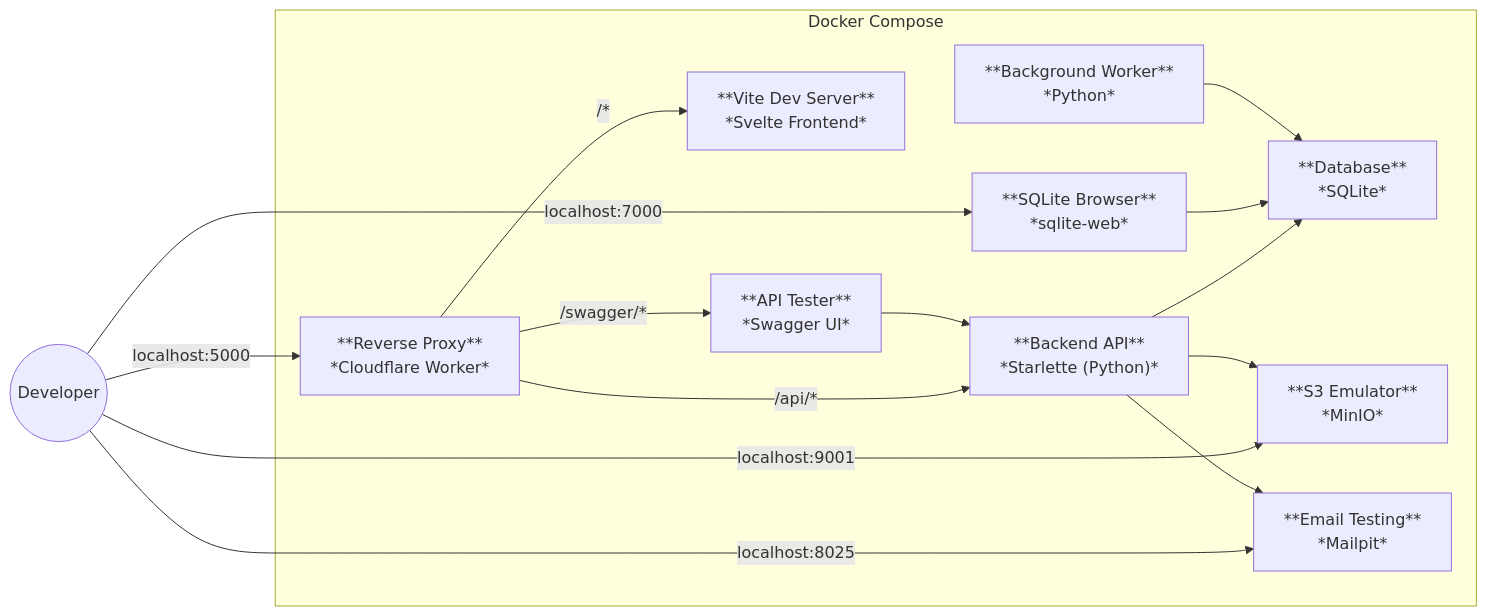
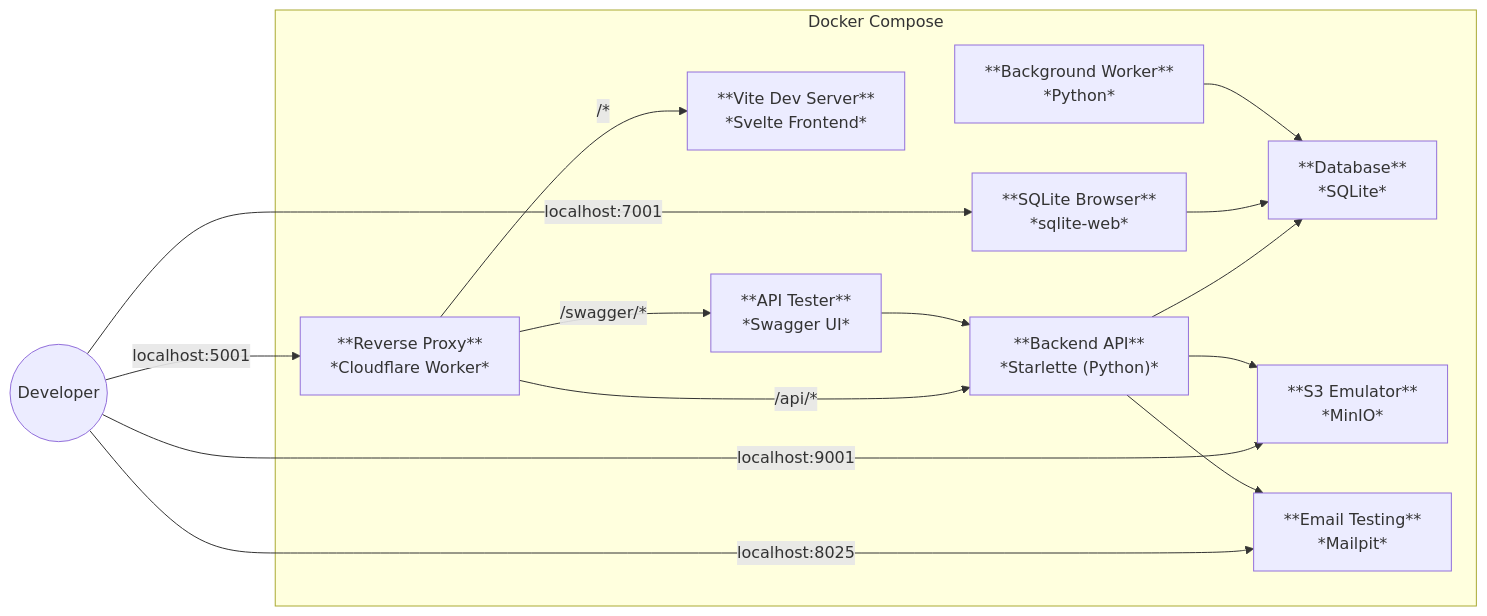
The second of 3 diagrams in docs/architecture.md (MarioKartCentral/MarioKartCentral), drawn with Mermaid before and after one commit. The commit also changed other lines of this file and 6 other files, not shown here.

````diff
--- a/docs/architecture.md
+++ b/docs/architecture.md
@@ -84,31 +91,31 @@
 ```mermaid
 flowchart LR
     User(("Developer"))
 
     subgraph Docker Compose
         Worker["**Reverse Proxy**<br>*Cloudflare Worker*"]
         Backend["**Backend API**<br>*Starlette (Python)*"]
         Frontend["**Vite Dev Server**<br>*Svelte Frontend*"]
         DB["**Database**<br>*SQLite*"]
         S3["**S3 Emulator**<br>*MinIO*"]
         SwaggerUI["**API Tester**<br>*Swagger UI*"]
         SQLiteWeb["**SQLite Browser**<br>*sqlite-web*"]
         BGWorker["**Background Worker**<br>*Python*"]
         Mailpit["**Email Testing**<br>*Mailpit*"]
     end
 
-    User -->|"localhost:5000"| Worker
+    User -->|"localhost:5001"| Worker
     User -->|"localhost:9001"| S3
-    User -->|"localhost:7000"| SQLiteWeb
+    User -->|"localhost:7001"| SQLiteWeb
     User -->|"localhost:8025"| Mailpit
 
     Worker -->|"/api/*"| Backend
     Worker -->|"/*"| Frontend
     Worker -->|"/swagger/*"| SwaggerUI
     Backend --> DB
     Backend --> S3
     Backend --> Mailpit
     SwaggerUI --> Backend
     SQLiteWeb --> DB
     BGWorker --> DB
 ```
````
